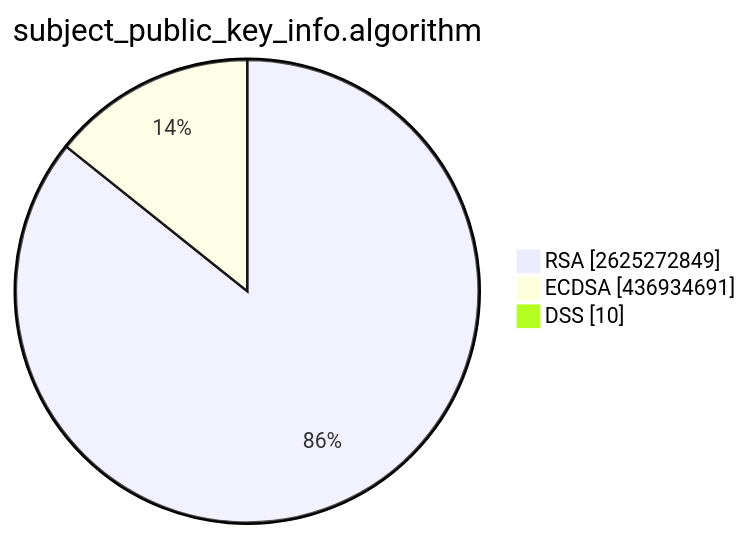
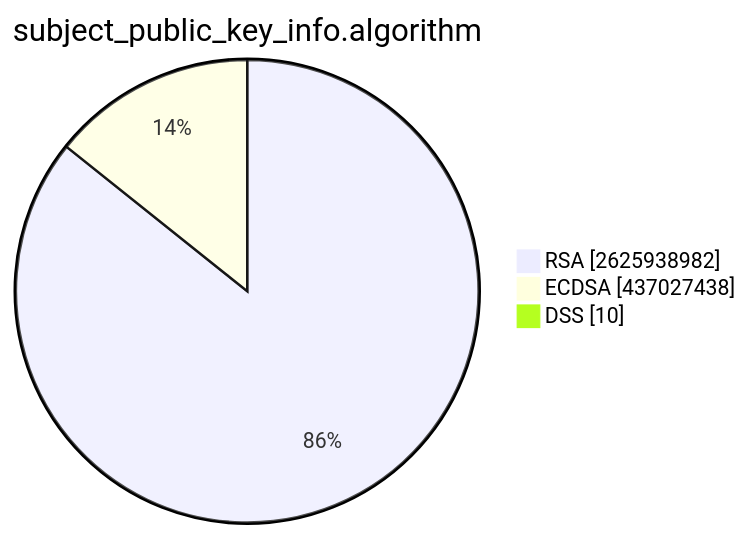
One commit to christiankrug/ctmonitor_visualization changed the second of 15 diagrams in TOTAL/README.md. Above: the diagram before and after it, drawn with Mermaid. The commit also changed other lines of this file, not shown here.

````diff
--- a/TOTAL/README.md
+++ b/TOTAL/README.md
@@ -6,7 +6,7 @@
 ```mermaid
 pie showData
 title subject_public_key_info.algorithm
-"RSA" :2625272849
-"ECDSA" :436934691
+"RSA" :2625938982
+"ECDSA" :437027438
 "DSS" :10
 ```
````
